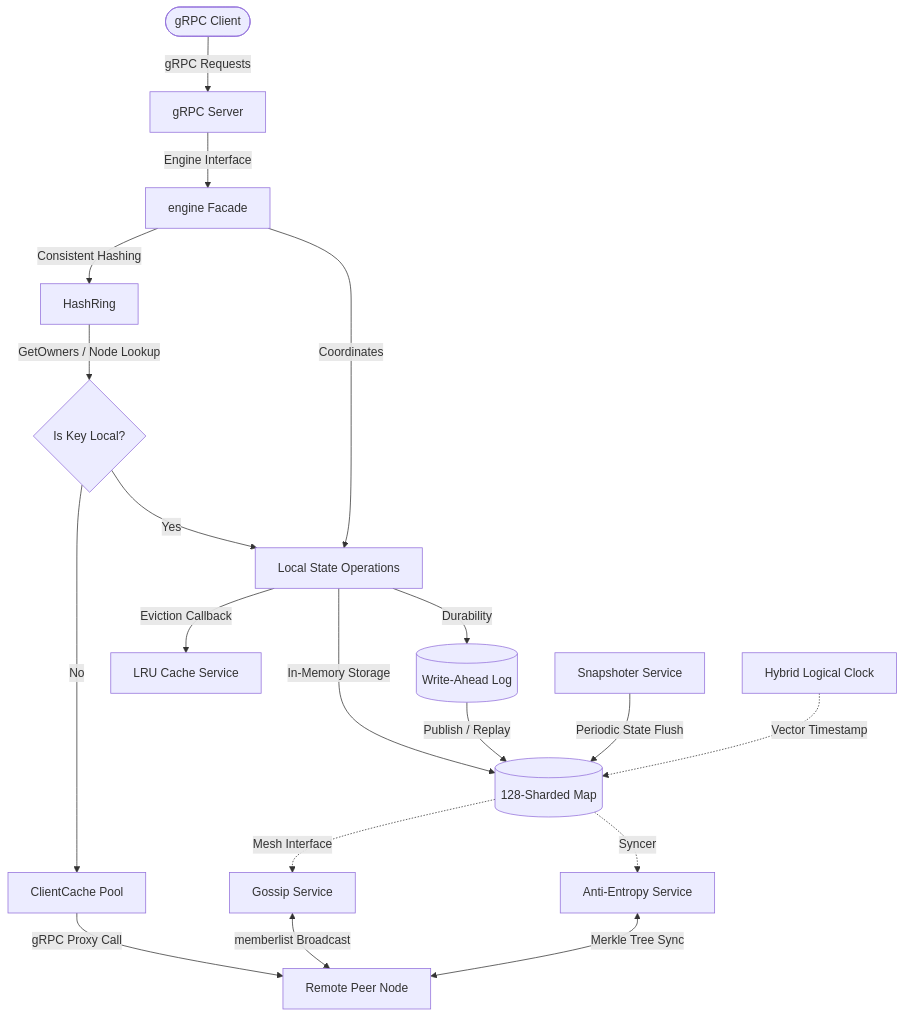
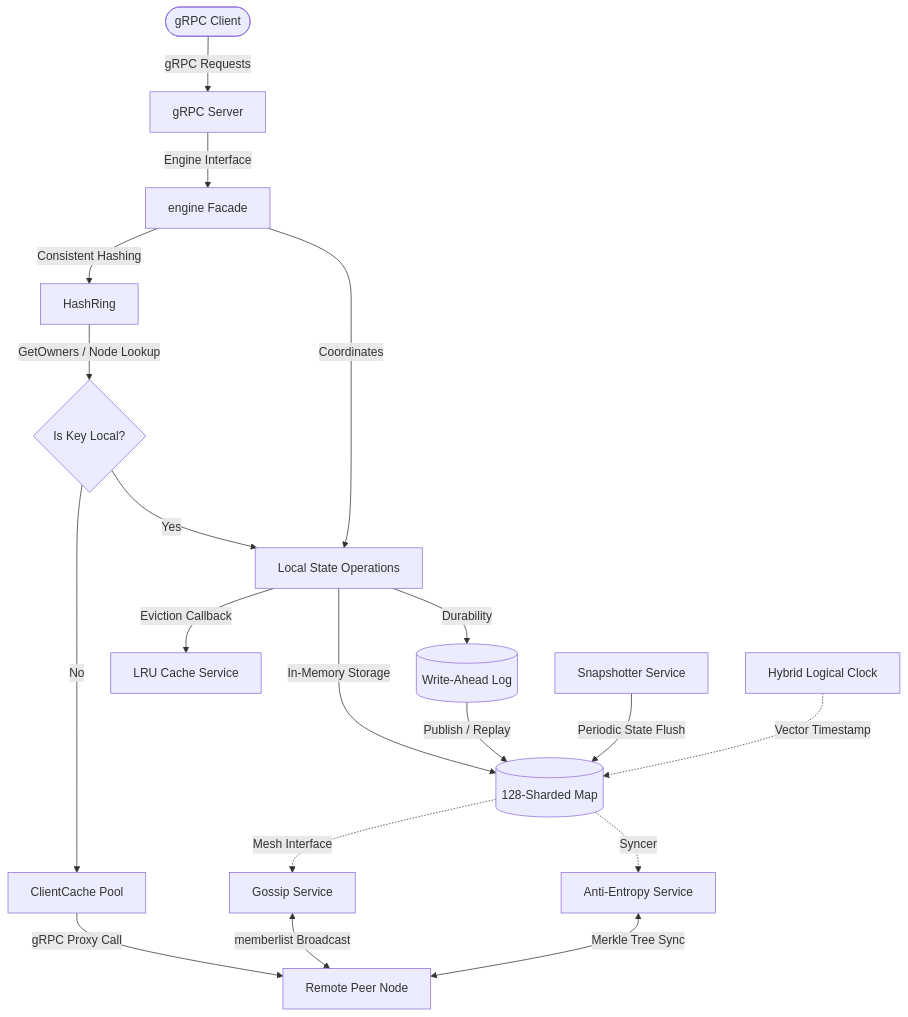
Before and after one commit to RoseWrightdev/dkv: the diagram in README.md, drawn with Mermaid. The commit also changed 3 other files, not shown here.

Commit message:
typo: rename Snapshoter to Snapshotter

````diff
--- a/README.md
+++ b/README.md
@@ -19,33 +19,33 @@
 ```mermaid
 flowchart TD
     Client([gRPC Client]) -->|gRPC Requests| Server[gRPC Server]
     Server -->|Engine Interface| Engine[engine Facade]
     
     %% Routing Decisions
     Engine -->|Consistent Hashing| Ring[HashRing]
     Ring -->|GetOwners / Node Lookup| OwnerCheck{Is Key Local?}
     
     %% Proxy path
     OwnerCheck -->|No| ClientCache[ClientCache Pool]
     ClientCache -->|gRPC Proxy Call| PeerNode[Remote Peer Node]
     
     %% Local Path
     OwnerCheck -->|Yes| LocalStore[Local State Operations]
     Engine -->|Coordinates| LocalStore
     
     %% Storage Core Stack (Vertically Aligned)
     LocalStore -->|Durability| WAL[(Write-Ahead Log)]
     LocalStore -->|In-Memory Storage| MemMap[(128-Sharded Map)]
     LocalStore -->|Eviction Callback| LRU[LRU Cache Service]
     
     WAL -->|Publish / Replay| MemMap
-    Snapshot[Snapshoter Service] -->|Periodic State Flush| MemMap
+    Snapshot[Snapshotter Service] -->|Periodic State Flush| MemMap
     HLC[Hybrid Logical Clock] -.->|Vector Timestamp| MemMap
     
     %% Replication & AE
     MemMap -.->|Mesh Interface| Gossip[Gossip Service]
     MemMap -.->|Syncer| AE[Anti-Entropy Service]
     
     Gossip <-->|memberlist Broadcast| PeerNode
     AE <-->|Merkle Tree Sync| PeerNode
 ```
````
